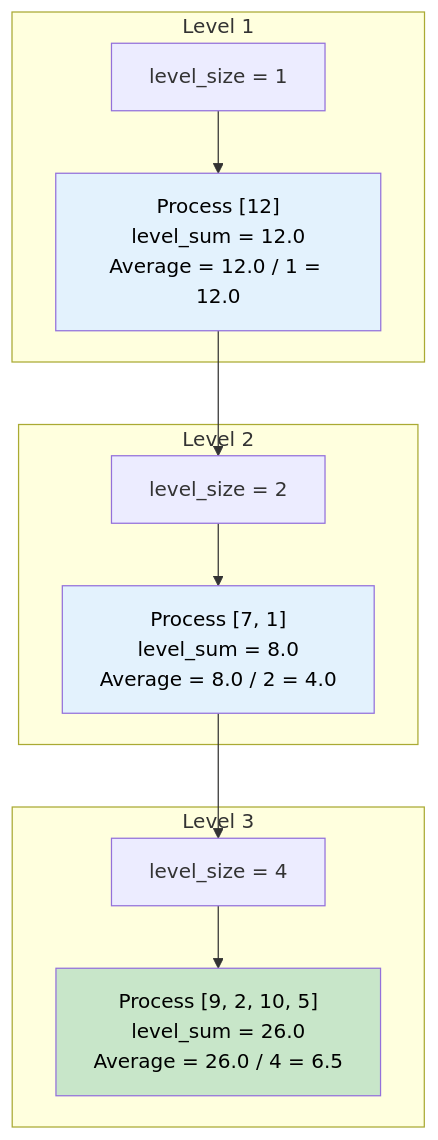
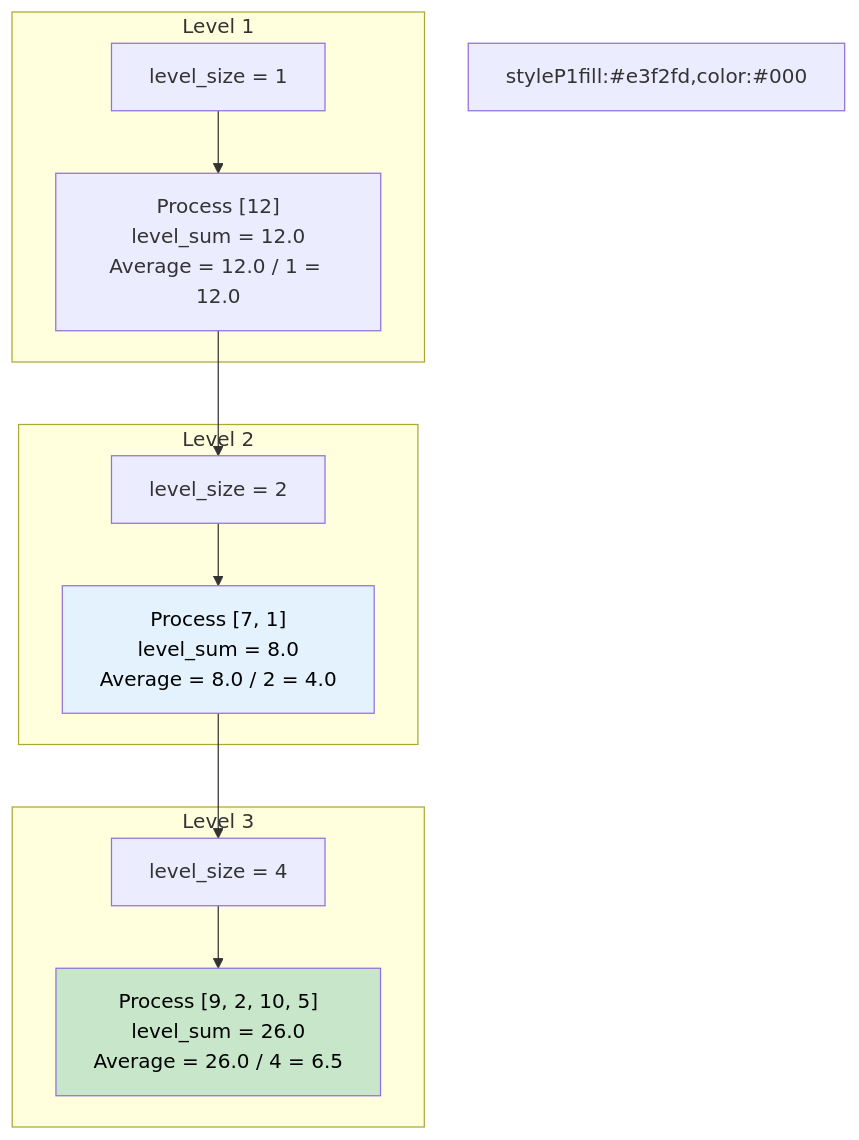
One commit to vadde/DSA changed the diagram in 11 - Tree Breadth First Search/problem_04_level_averages_in_a_binary_tree_walkthrough.md. Above: the diagram before and after it, drawn with Mermaid. The commit also changed 245 other files, not shown here.

First line of the commit message:
fix: Forensic fix of all Mermaid rendering issues across entire DSA repo + add pre-commit validation infrastructure

````diff
--- a/11 - Tree Breadth First Search/problem_04_level_averages_in_a_binary_tree_walkthrough.md
+++ b/11 - Tree Breadth First Search/problem_04_level_averages_in_a_binary_tree_walkthrough.md
@@ -65,27 +65,27 @@
 ```mermaid
 flowchart TD
-    subgraph Level 1
+    subgraph Level1 [Level 1]
         S1["level_size = 1"]
         P1["Process [12]\nlevel_sum = 12.0\nAverage = 12.0 / 1 = 12.0"]
     end
     
-    subgraph Level 2
+    subgraph Level2 [Level 2]
         S2["level_size = 2"]
         P2["Process [7, 1]\nlevel_sum = 8.0\nAverage = 8.0 / 2 = 4.0"]
     end
     
-    subgraph Level 3
+    subgraph Level3 [Level 3]
         S3["level_size = 4"]
         P3["Process [9, 2, 10, 5]\nlevel_sum = 26.0\nAverage = 26.0 / 4 = 6.5"]
     end
-    
-    S1 --> P1
-    P1 --> S2
+
+S1 --> P1
+P1 --> S2
     S2 --> P2
-    P2 --> S3
+P2 --> S3
     S3 --> P3
-    
-    style P1 fill:#e3f2fd,color:#000
+
+styleP1fill:#e3f2fd,color:#000
     style P2 fill:#e3f2fd,color:#000
     style P3 fill:#c8e6c9,color:#000
 ```
````
